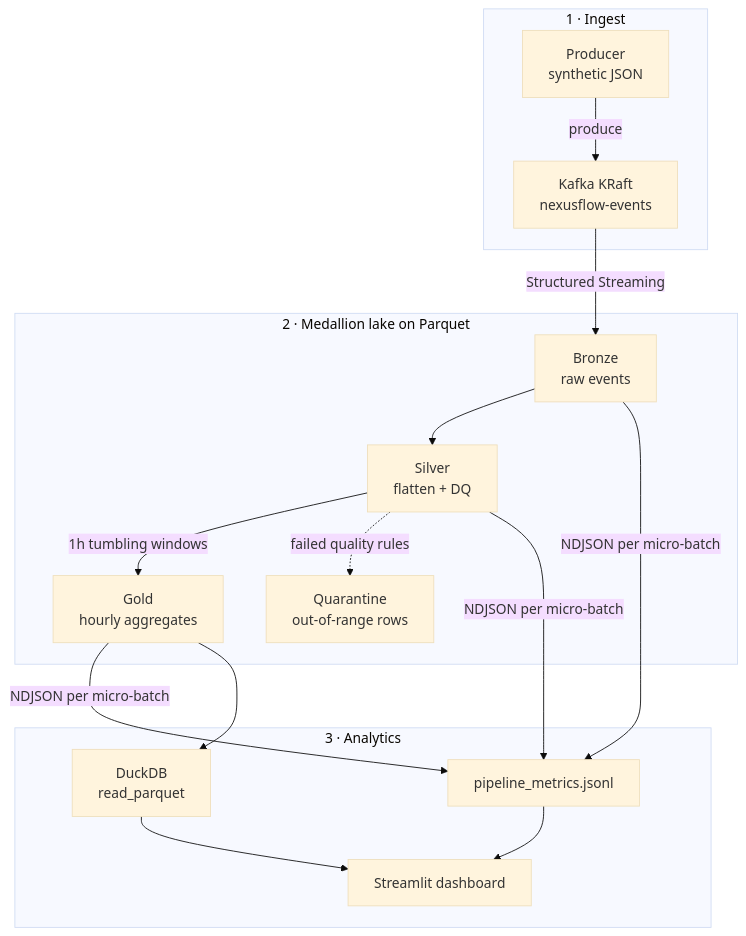
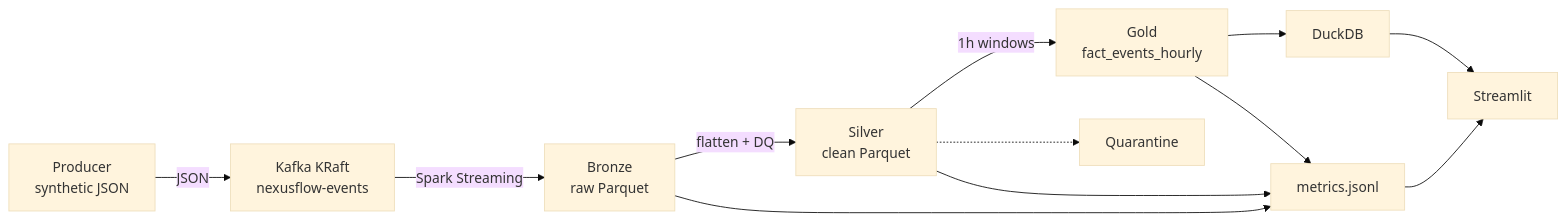
One commit to sauravpatel0512/NexusFlow-X changed the diagram in README.md. Above: the diagram before and after it, drawn with Mermaid (base theme).

Commit message:
Fix README Mermaid for GitHub renderer.
Drop subgraphs and multi-node edges that crash GitHub's Mermaid; keep a simple LR flow.

````diff
--- a/README.md
+++ b/README.md
@@ -14,29 +14,14 @@
 ```mermaid
-flowchart TB
-  subgraph ingest["1 · Ingest"]
-    Producer["Producer<br/>synthetic JSON"]
-    Kafka["Kafka KRaft<br/>nexusflow-events"]
-    Producer -->|produce| Kafka
-  end
-
-  subgraph lake["2 · Medallion lake on Parquet"]
-    Bronze["Bronze<br/>raw events"]
-    Silver["Silver<br/>flatten + DQ"]
-    Gold["Gold<br/>hourly aggregates"]
-    Quarantine["Quarantine<br/>out-of-range rows"]
-    Kafka -->|"Structured Streaming"| Bronze
-    Bronze --> Silver
-    Silver -->|"1h tumbling windows"| Gold
-    Silver -.->|"failed quality rules"| Quarantine
-  end
-
-  subgraph serve["3 · Analytics"]
-    Metrics["pipeline_metrics.jsonl"]
-    DuckDB["DuckDB<br/>read_parquet"]
-    Dashboard["Streamlit dashboard"]
-    Bronze & Silver & Gold -->|NDJSON per micro-batch| Metrics
-    Gold --> DuckDB
-    DuckDB --> Dashboard
-    Metrics --> Dashboard
-  end
+flowchart LR
+  Producer["Producer<br>synthetic JSON"] -->|JSON| Kafka["Kafka KRaft<br>nexusflow-events"]
+  Kafka -->|"Spark Streaming"| Bronze["Bronze<br>raw Parquet"]
+  Bronze -->|"flatten + DQ"| Silver["Silver<br>clean Parquet"]
+  Silver -->|"1h windows"| Gold["Gold<br>fact_events_hourly"]
+  Silver -.-> Quarantine["Quarantine"]
+  Gold --> DuckDB["DuckDB"]
+  DuckDB --> Dashboard["Streamlit"]
+  Bronze --> Metrics["metrics.jsonl"]
+  Silver --> Metrics
+  Gold --> Metrics
+  Metrics --> Dashboard
 ```
````
